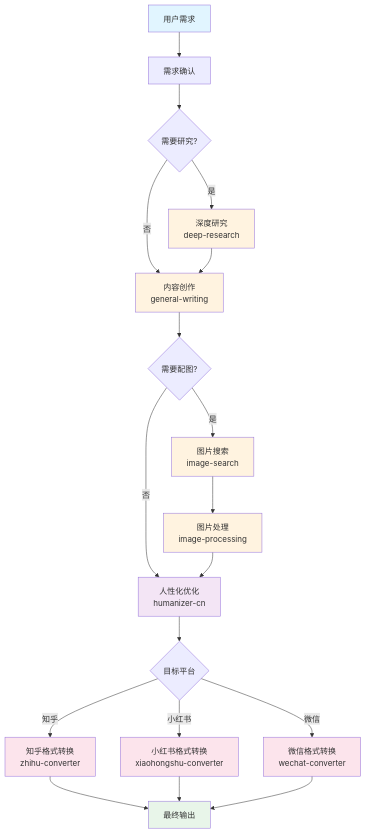
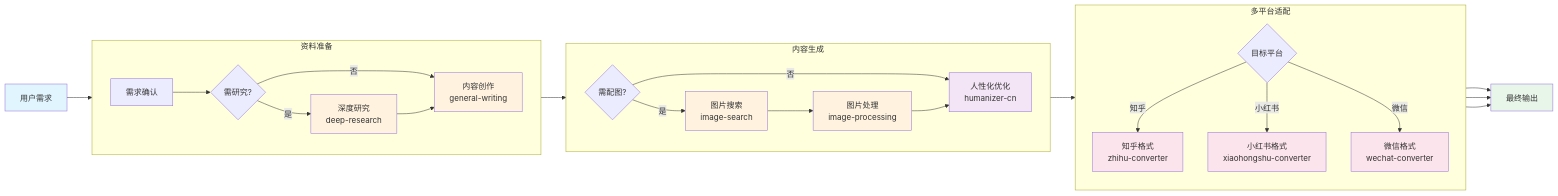
The diagram in README.md (z0gSh1u/oh-my-writing-skill), drawn with Mermaid before and after one commit. The commit also changed other lines of this file and 2 other files, not shown here.

````diff
--- a/README.md
+++ b/README.md
@@ -67,31 +68,44 @@
 ```mermaid
-graph TD
-    A[用户需求] --> B[需求确认]
-    B --> C{需要研究?}
-    C -->|是| D[深度研究<br/>deep-research]
-    C -->|否| E[内容创作<br/>general-writing]
-    D --> E
-    E --> F{需要配图?}
-    F -->|是| G[图片搜索<br/>image-search]
-    F -->|否| I[人性化优化<br/>humanizer-cn]
-    G --> H[图片处理<br/>image-processing]
-    H --> I
-    I --> J{目标平台}
-    J -->|知乎| K[知乎格式转换<br/>zhihu-converter]
-    J -->|小红书| L[小红书格式转换<br/>xiaohongshu-converter]
-    J -->|微信| M[微信格式转换<br/>wechat-converter]
-    K --> N[最终输出]
-    L --> N
-    M --> N
+graph LR
+  User[用户需求] --> Confirm[需求确认]
 
-    style A fill:#e1f5ff
-    style N fill:#e8f5e9
-    style D fill:#fff3e0
-    style G fill:#fff3e0
-    style H fill:#fff3e0
-    style E fill:#fff3e0
-    style I fill:#f3e5f5
-    style K fill:#fce4ec
-    style L fill:#fce4ec
-    style M fill:#fce4ec
+  subgraph Research [资料准备]
+    direction LR
+    Confirm --> CheckResearch{需研究?}
+    CheckResearch -->|是| DeepResearch[深度研究<br/>deep-research]
+    CheckResearch -->|否| Write
+    DeepResearch --> Write
+  end
+
+  subgraph Creation [内容生成]
+    direction LR
+    Write[内容创作<br/>general-writing] --> CheckImg{需配图?}
+    CheckImg -->|是| SearchImg[图片搜索<br/>image-search]
+    CheckImg -->|否| Humanize
+    SearchImg --> ProcessImg[图片处理<br/>image-processing]
+    ProcessImg --> Humanize[人性化优化<br/>humanizer-cn]
+  end
+
+  subgraph Platform [多平台适配]
+    direction TB
+    Humanize --> Target{目标平台}
+    Target -->|知乎| Zhihu[知乎格式<br/>zhihu-converter]
+    Target -->|小红书| RED[小红书格式<br/>xiaohongshu-converter]
+    Target -->|微信| WeChat[微信格式<br/>wechat-converter]
+  end
+
+  Zhihu --> Output[最终输出]
+  RED --> Output
+  WeChat --> Output
+
+  style User fill:#e1f5ff
+  style Output fill:#e8f5e9
+  style DeepResearch fill:#fff3e0
+  style SearchImg fill:#fff3e0
+  style ProcessImg fill:#fff3e0
+  style Write fill:#fff3e0
+  style Humanize fill:#f3e5f5
+  style Zhihu fill:#fce4ec
+  style RED fill:#fce4ec
+  style WeChat fill:#fce4ec
 ```
````
